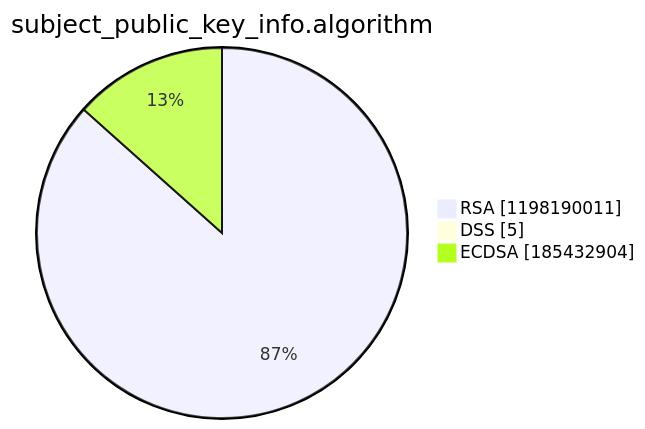
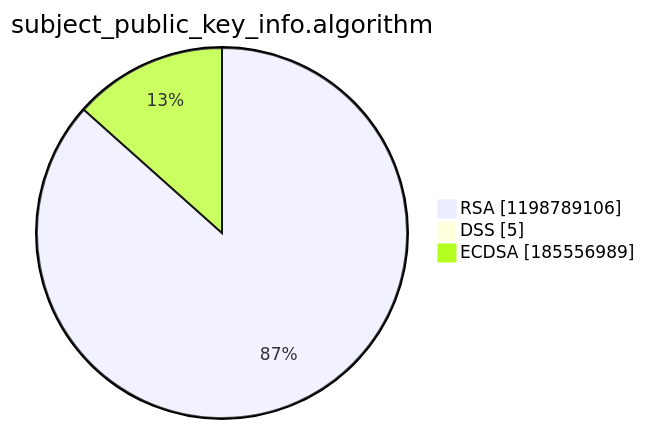
Before and after one commit to christiankrug/ctmonitor_visualization: the third of 15 diagrams in argon2022/README.md, drawn with Mermaid. The commit also changed other lines of this file, not shown here.

````diff
--- a/argon2022/README.md
+++ b/argon2022/README.md
@@ -14,7 +14,7 @@
 ```mermaid
 pie showData
 title subject_public_key_info.algorithm
-"RSA" :1198190011
+"RSA" :1198789106
 "DSS" :5
-"ECDSA" :185432904
+"ECDSA" :185556989
 ```
````
